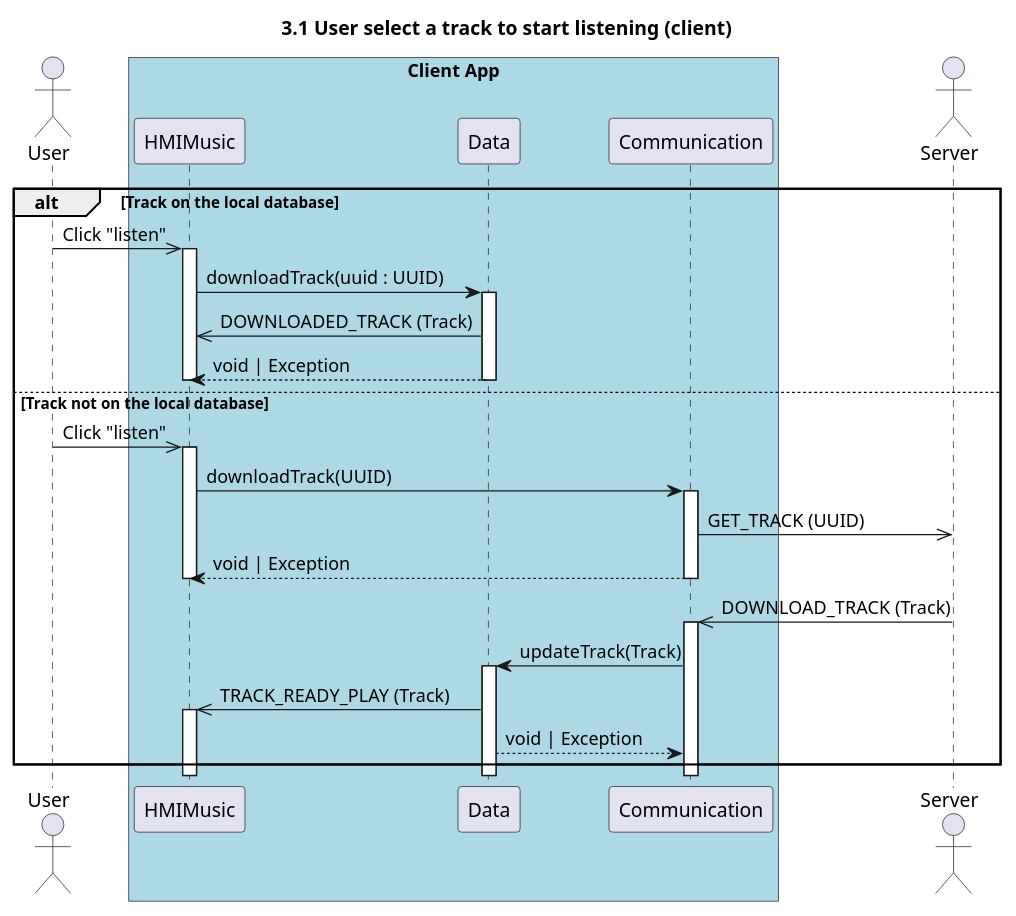
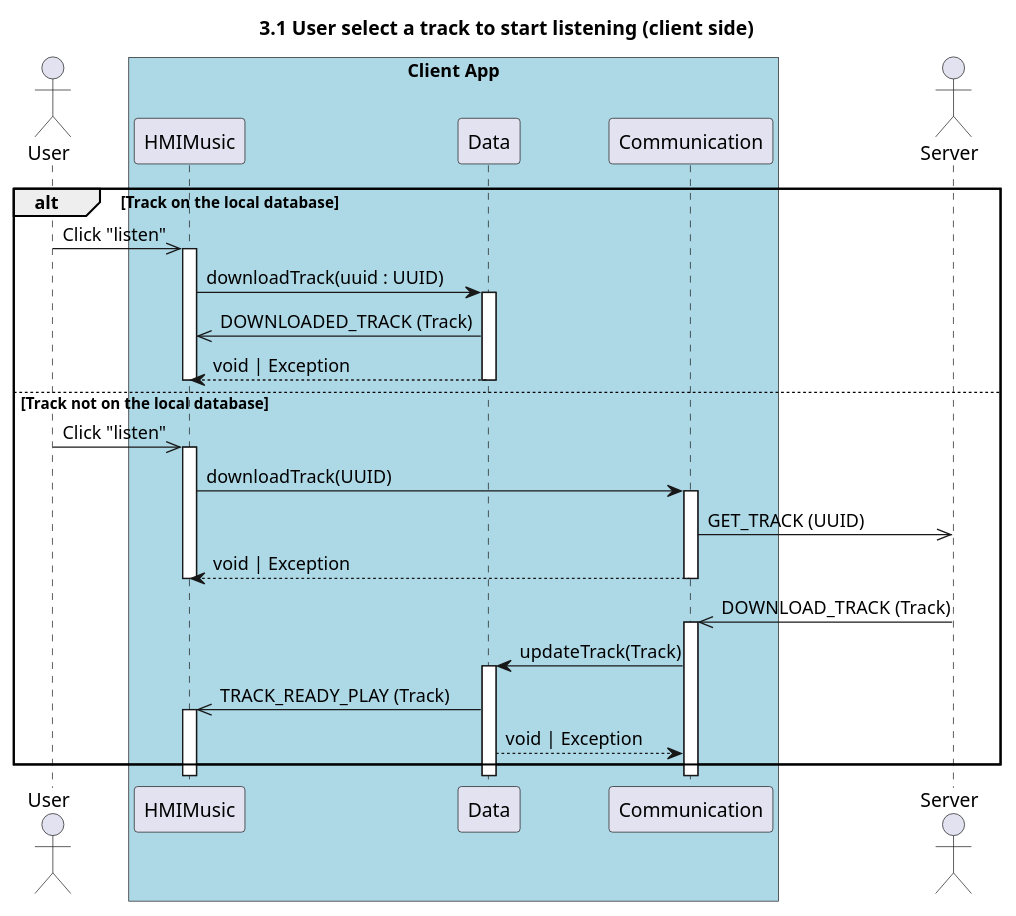
One commit to UTCAI12/Diagrams changed the diagram in sequence/3.1.listen_music_client.puml. Above: the diagram before and after it, drawn with PlantUML. The commit also changed 1 other file, not shown here.

Commit message:
correct title (adding "side")

```diff
--- a/sequence/3.1.listen_music_client.puml
+++ b/sequence/3.1.listen_music_client.puml
@@ -1,33 +1,33 @@
-@startuml 3.1 User select a track to start listening (client)
-title 3.1 User select a track to start listening (client)
+@startuml 3.1 User select a track to start listening (client side)
+title 3.1 User select a track to start listening (client side)
 
 actor "User" as user
 box "Client App" #LightBlue
     participant "HMIMusic" as hmi
     participant "Data" as data
     participant "Communication" as com
 end box
 actor "Server" as server
 
 alt Track on the local database
     user ->> hmi++: Click "listen"
     hmi -> data++: downloadTrack(uuid : UUID)
     data->>hmi: DOWNLOADED_TRACK (Track)
     return void | Exception
     deactivate hmi
 
 else Track not on the local database 
     user ->> hmi++: Click "listen"
 
     hmi -> com++: downloadTrack(UUID)
     com ->> server: GET_TRACK (UUID)
     return void | Exception
     deactivate hmi
 
     server ->> com++: DOWNLOAD_TRACK (Track) 
     com -> data++: updateTrack(Track)
     data->>hmi++: TRACK_READY_PLAY (Track) 
     data-->com: void | Exception
 end 
 
 @enduml
```
